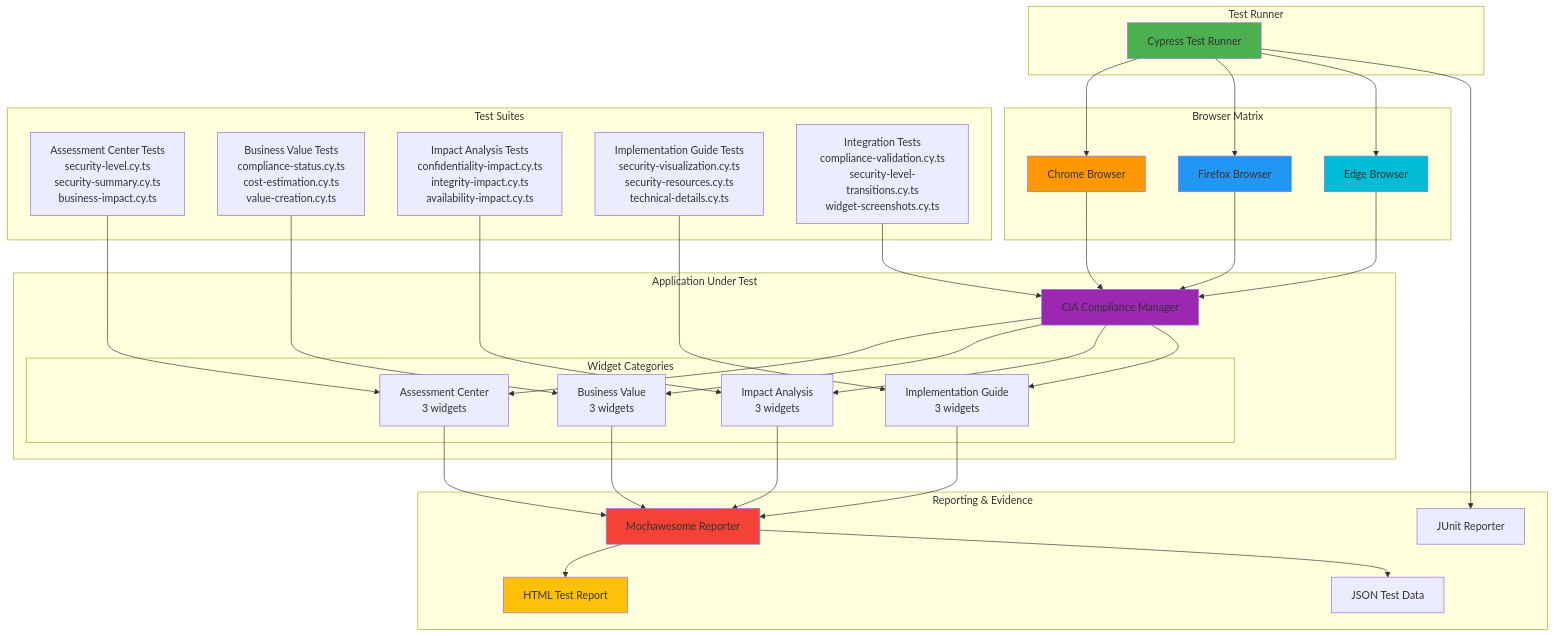
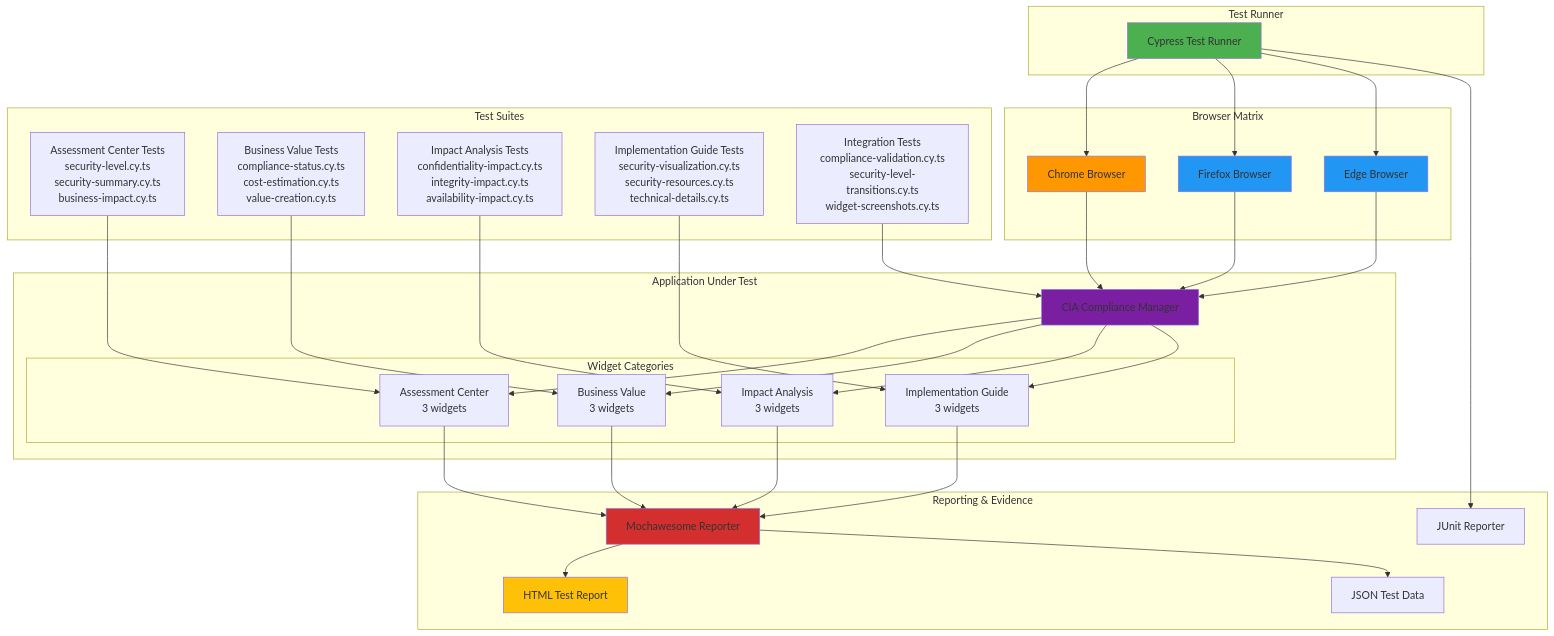
One commit to step-security-bot/cia-compliance-manager changed the diagram in docs/E2ETestPlan.md. Above: the diagram before and after it, drawn with Mermaid. The commit also changed 27 other files, not shown here.

First line of the commit message:
fix: resolve broken mermaid diagrams and improve color coding to match ISMS style guide (#1106)

````diff
--- a/docs/E2ETestPlan.md
+++ b/docs/E2ETestPlan.md
@@ -415,74 +415,74 @@
 ```mermaid
 graph TB
     subgraph "Test Runner"
         CR[Cypress Test Runner]
     end
     
     subgraph "Browser Matrix"
         CH[Chrome Browser]
         FF[Firefox Browser]
         ED[Edge Browser]
     end
     
     subgraph "Application Under Test"
         APP[CIA Compliance Manager]
         
         subgraph "Widget Categories"
             AC[Assessment Center<br/>3 widgets]
             BV[Business Value<br/>3 widgets]
             IA[Impact Analysis<br/>3 widgets]
             IG[Implementation Guide<br/>3 widgets]
         end
         
         APP --> AC
         APP --> BV
         APP --> IA
         APP --> IG
     end
     
     subgraph "Test Suites"
         TS1[Assessment Center Tests<br/>security-level.cy.ts<br/>security-summary.cy.ts<br/>business-impact.cy.ts]
         TS2[Business Value Tests<br/>compliance-status.cy.ts<br/>cost-estimation.cy.ts<br/>value-creation.cy.ts]
         TS3[Impact Analysis Tests<br/>confidentiality-impact.cy.ts<br/>integrity-impact.cy.ts<br/>availability-impact.cy.ts]
         TS4[Implementation Guide Tests<br/>security-visualization.cy.ts<br/>security-resources.cy.ts<br/>technical-details.cy.ts]
         TS5[Integration Tests<br/>compliance-validation.cy.ts<br/>security-level-transitions.cy.ts<br/>widget-screenshots.cy.ts]
     end
     
     subgraph "Reporting & Evidence"
         MR[Mochawesome Reporter]
         JR[JUnit Reporter]
         HTML[HTML Test Report]
         JSON[JSON Test Data]
     end
     
     CR --> CH
     CR --> FF
     CR --> ED
     
     CH --> APP
     FF --> APP
     ED --> APP
     
     TS1 --> AC
     TS2 --> BV
     TS3 --> IA
     TS4 --> IG
     TS5 --> APP
     
     AC --> MR
     BV --> MR
     IA --> MR
     IG --> MR
     
     MR --> HTML
     MR --> JSON
     CR --> JR
     
     style CR fill:#4CAF50
     style CH fill:#FF9800
     style FF fill:#2196F3
-    style ED fill:#00BCD4
-    style APP fill:#9C27B0
-    style MR fill:#F44336
+    style ED fill:#2196F3
+    style APP fill:#7B1FA2
+    style MR fill:#D32F2F
     style HTML fill:#FFC107
 ```
````
